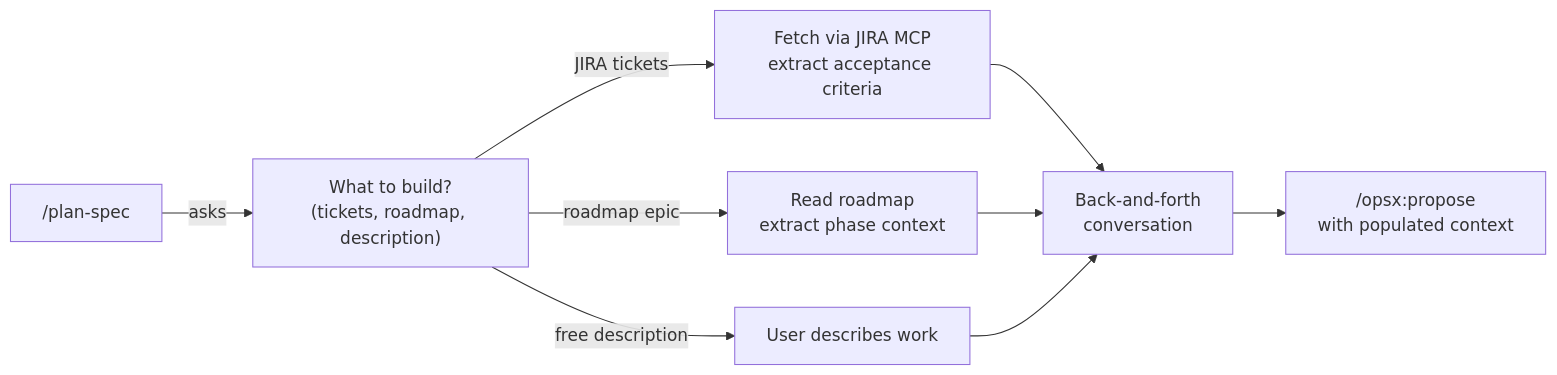
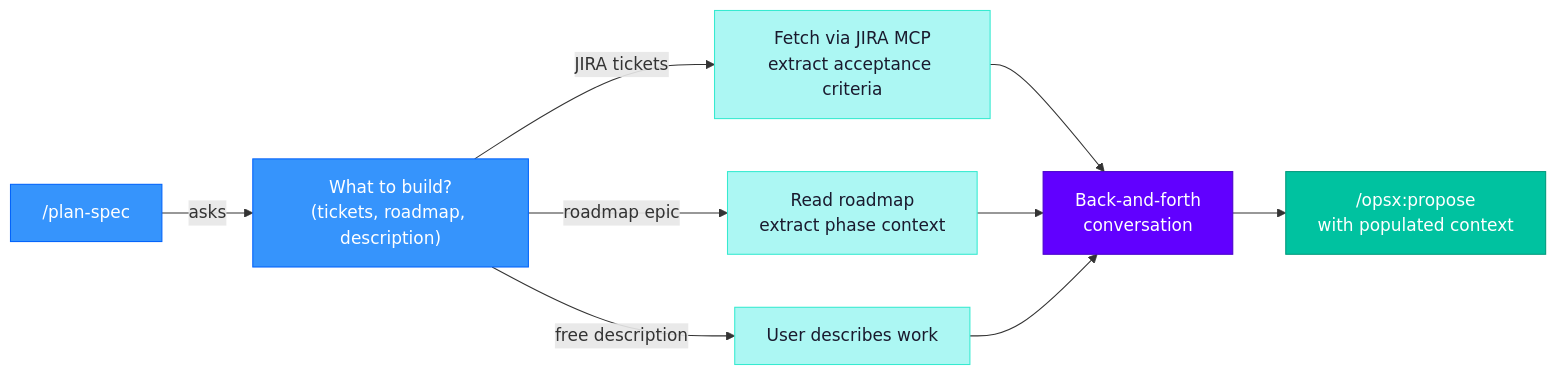
Before and after one commit to Sand2Silicon/sand2silicon-agentic-skills: the second of 5 diagrams in plugins/sdd-workflow/README.md, drawn with Mermaid. The commit also changed other lines of this file, not shown here.

````diff
--- a/plugins/sdd-workflow/README.md
+++ b/plugins/sdd-workflow/README.md
@@ -86,11 +96,16 @@
 ```mermaid
 flowchart LR
-    PS["/plan-spec"] -->|"asks"| Q1["What to build?<br/>(tickets, roadmap, description)"]
-    Q1 -->|"JIRA tickets"| FETCH["Fetch via JIRA MCP<br/>extract acceptance criteria"]
-    Q1 -->|"roadmap epic"| READ["Read roadmap<br/>extract phase context"]
-    Q1 -->|"free description"| MANUAL["User describes work"]
-    FETCH --> DIALOG["Back-and-forth<br/>conversation"]
+    classDef planning fill:#3694fc,stroke:#0263fb,color:#fff
+    classDef context fill:#acf7f3,stroke:#36ead0,color:#1a1a2e
+    classDef dialog fill:#6100ff,stroke:#4a00cc,color:#fff
+    classDef success fill:#00c2a0,stroke:#009a7c,color:#fff
+
+    PS["/plan-spec"]:::planning -->|"asks"| Q1["What to build?<br/>(tickets, roadmap, description)"]:::planning
+    Q1 -->|"JIRA tickets"| FETCH["Fetch via JIRA MCP<br/>extract acceptance criteria"]:::context
+    Q1 -->|"roadmap epic"| READ["Read roadmap<br/>extract phase context"]:::context
+    Q1 -->|"free description"| MANUAL["User describes work"]:::context
+    FETCH --> DIALOG["Back-and-forth<br/>conversation"]:::dialog
     READ --> DIALOG
     MANUAL --> DIALOG
-    DIALOG --> PROPOSE["/opsx:propose<br/>with populated context"]
+    DIALOG --> PROPOSE["/opsx:propose<br/>with populated context"]:::success
 ```
````
